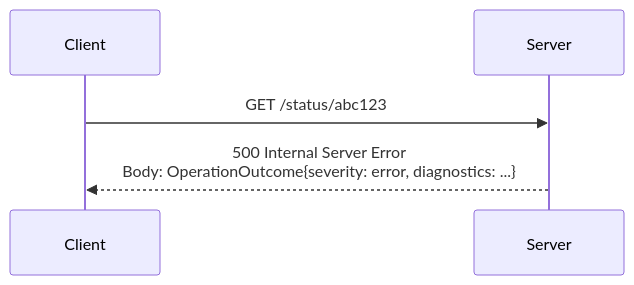
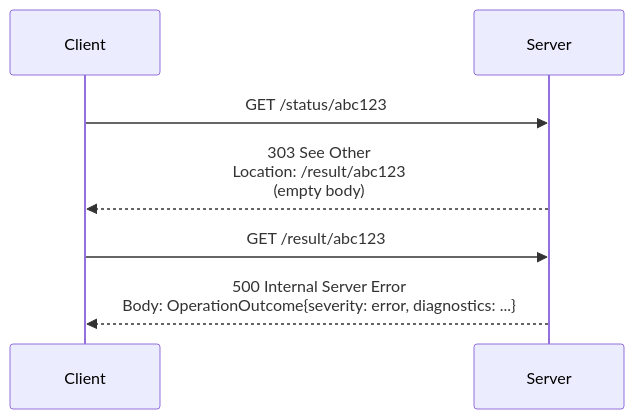
The third of 3 diagrams in input/pagecontent/OperationDefinition-SQLQueryExport-notes.md (HL7/sql-on-fhir), drawn with Mermaid before and after one commit. The commit also changed other lines of this file and 5 other files, not shown here.

````diff
--- a/input/pagecontent/OperationDefinition-SQLQueryExport-notes.md
+++ b/input/pagecontent/OperationDefinition-SQLQueryExport-notes.md
@@ -71,8 +72,10 @@
 ```mermaid
 sequenceDiagram
     participant C as Client
     participant S as Server
 
     C->>S: GET /status/abc123
+    S-->>C: 303 See Other<br/>Location: /result/abc123<br/>(empty body)
+    C->>S: GET /result/abc123
     S-->>C: 500 Internal Server Error<br/>Body: OperationOutcome{severity: error, diagnostics: ...}
 ```
````
